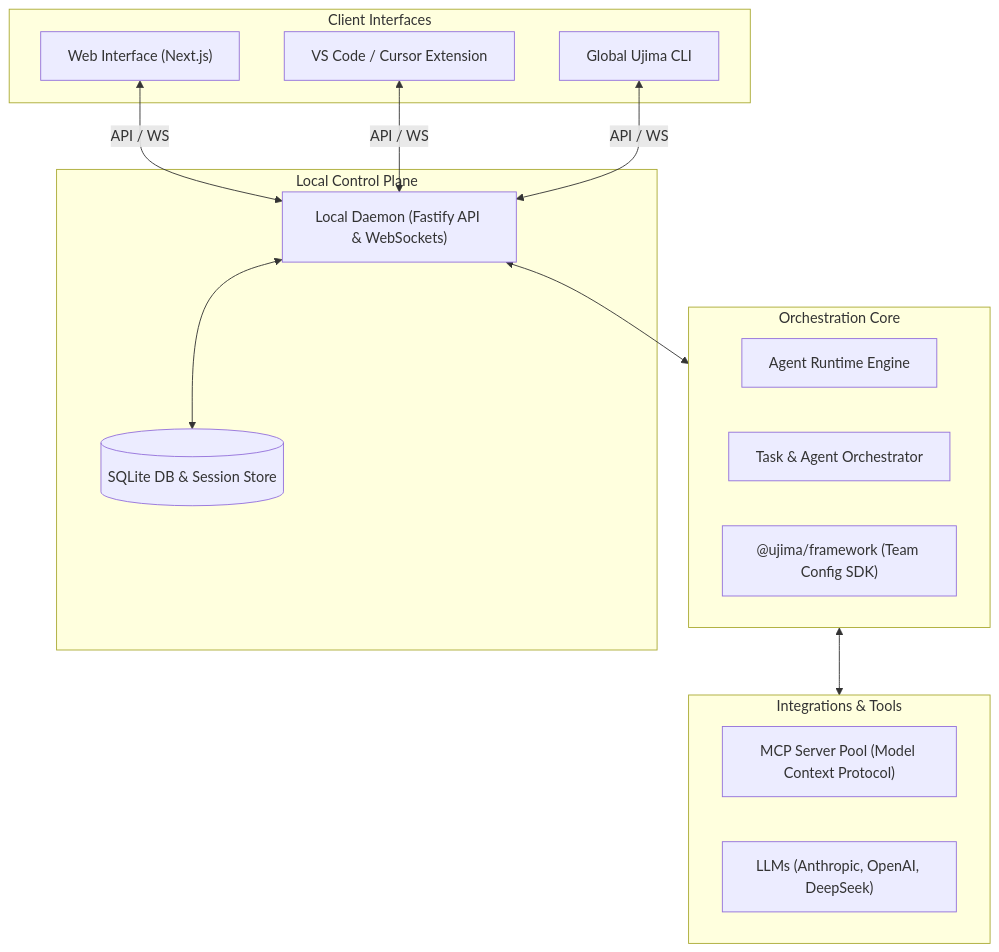
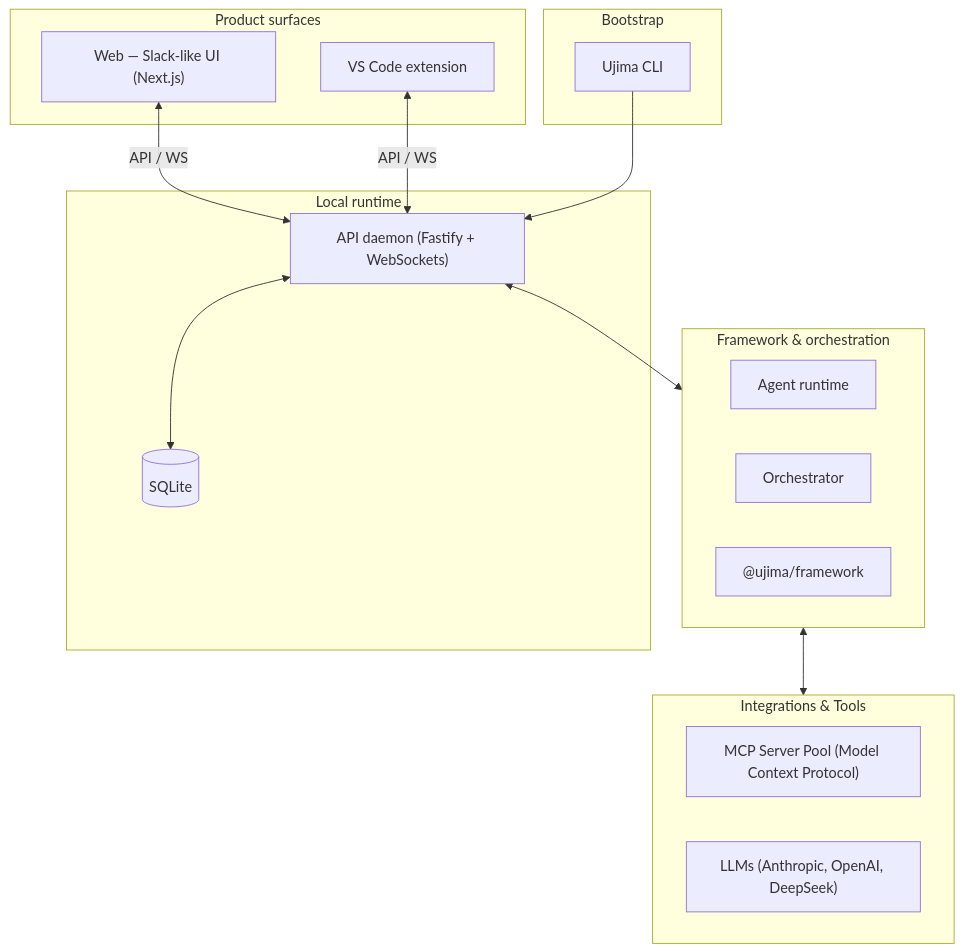
Before and after one commit to UjimaAgents/ujima-agents: the diagram in README.md, drawn with Mermaid. The commit also changed other lines of this file and 10 other files, not shown here.

````diff
--- a/README.md
+++ b/README.md
@@ -185,29 +187,33 @@
 ```mermaid
 graph TD
-    subgraph Client ["Client Interfaces"]
-        Web["Web Interface (Next.js)"]
-        VSCode["VS Code / Cursor Extension"]
-        CLI["Global Ujima CLI"]
+    subgraph Surfaces ["Product surfaces"]
+        Web["Web — Slack-like UI (Next.js)"]
+        VSCode["VS Code extension"]
     end
 
-    subgraph Core ["Local Control Plane"]
-        API["Local Daemon (Fastify API & WebSockets)"]
-        DB[(SQLite DB & Session Store)]
+    subgraph Bootstrap ["Bootstrap"]
+        CLI["Ujima CLI"]
     end
 
-    subgraph Engine ["Orchestration Core"]
-        Runtime["Agent Runtime Engine"]
-        Orchestrator["Task & Agent Orchestrator"]
-        Framework["@ujima/framework (Team Config SDK)"]
+    subgraph Core ["Local runtime"]
+        API["API daemon (Fastify + WebSockets)"]
+        DB[(SQLite)]
+    end
+
+    subgraph Engine ["Framework & orchestration"]
+        Runtime["Agent runtime"]
+        Orchestrator["Orchestrator"]
+        Framework["@ujima/framework"]
     end
 
     subgraph Ext ["Integrations & Tools"]
         MCP["MCP Server Pool (Model Context Protocol)"]
         LLM["LLMs (Anthropic, OpenAI, DeepSeek)"]
     end
 
-    Web & VSCode & CLI <-->|API / WS| API
+    Web & VSCode <-->|API / WS| API
+    CLI --> API
     API <--> DB
     API <--> Engine
     Engine <--> Ext
 ```
````
